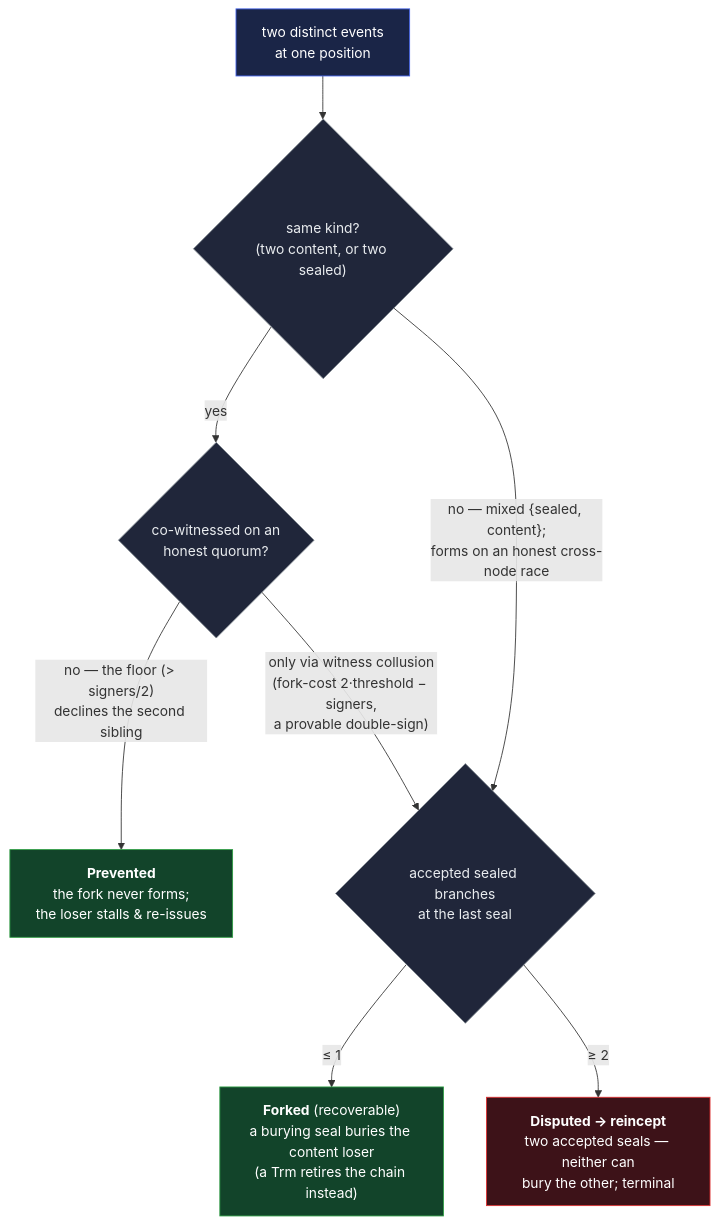
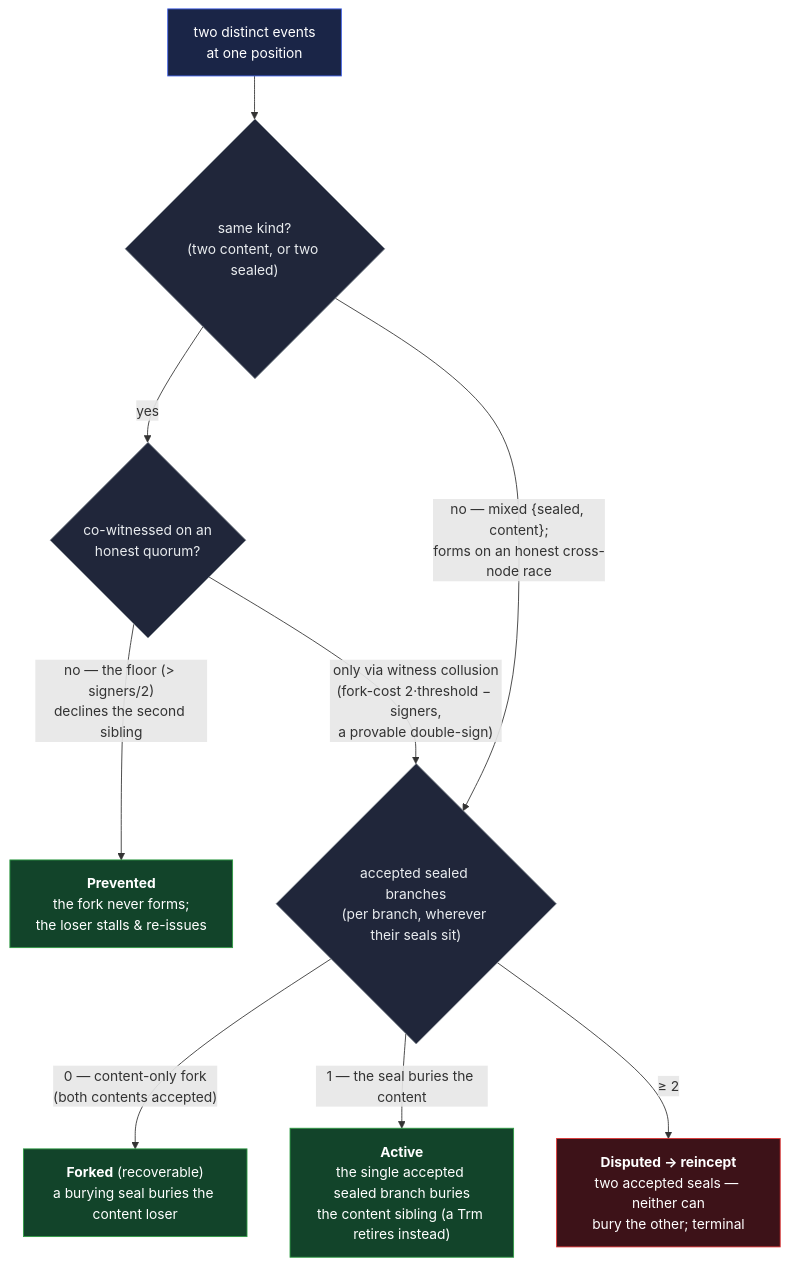
Before and after one commit to jasoncolburne/vdti: the diagram in docs/design/system-thesis.md, drawn with Mermaid. The commit also changed other lines of this file and 67 other files, not shown here.

````diff
--- a/docs/design/system-thesis.md
+++ b/docs/design/system-thesis.md
@@ -69,15 +70,16 @@
 ```mermaid
 flowchart TD
   A["two distinct events<br/>at one position"]:::start
   A --> K{"same kind?<br/>(two content, or two sealed)"}:::q
   K -->|"yes"| HQ{"co-witnessed on an<br/>honest quorum?"}:::q
   HQ -->|"no — the floor (&gt; signers/2)<br/>declines the second sibling"| P["<b>Prevented</b><br/>the fork never forms;<br/>the loser stalls &amp; re-issues"]:::good
-  HQ -->|"only via witness collusion<br/>(fork-cost 2·threshold − signers,<br/>a provable double-sign)"| N{"accepted sealed branches<br/>at the last seal"}:::q
+  HQ -->|"only via witness collusion<br/>(fork-cost 2·threshold − signers,<br/>a provable double-sign)"| N{"accepted sealed branches<br/>(per branch, wherever their seals sit)"}:::q
   K -->|"no — mixed {sealed, content};<br/>forms on an honest cross-node race"| N
-  N -->|"≤ 1"| F["<b>Forked</b> (recoverable)<br/>a burying seal buries the content loser<br/>(a Trm retires the chain instead)"]:::good
+  N -->|"0 — content-only fork<br/>(both contents accepted)"| F["<b>Forked</b> (recoverable)<br/>a burying seal buries the content loser"]:::good
+  N -->|"1 — the seal buries the content"| AC["<b>Active</b><br/>the single accepted sealed branch buries<br/>the content sibling (a Trm retires instead)"]:::good
   N -->|"≥ 2"| X["<b>Disputed → reincept</b><br/>two accepted seals — neither can<br/>bury the other; terminal"]:::bad
   classDef start fill:#1a2547,stroke:#4263eb,color:#fff
   classDef q fill:#20263a,stroke:#868e96,color:#e9ecef
   classDef good fill:#12442a,stroke:#2f9e44,color:#fff
   classDef bad fill:#3d1218,stroke:#e03131,color:#fff
 ```
````
